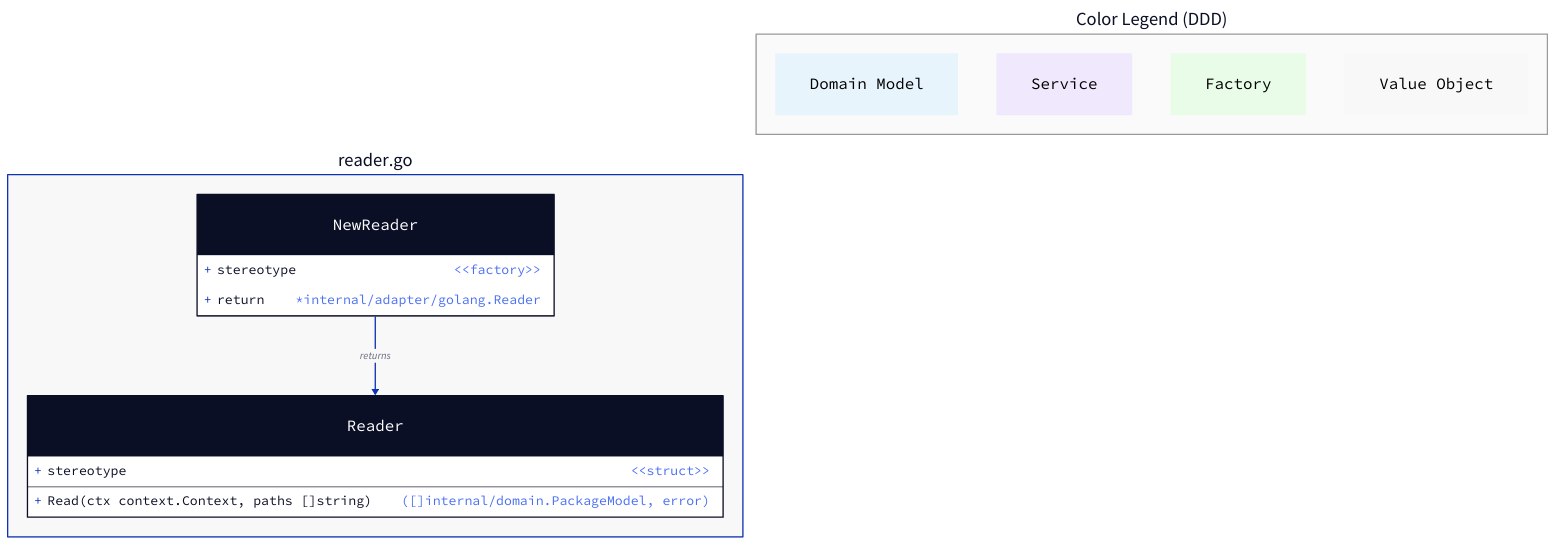
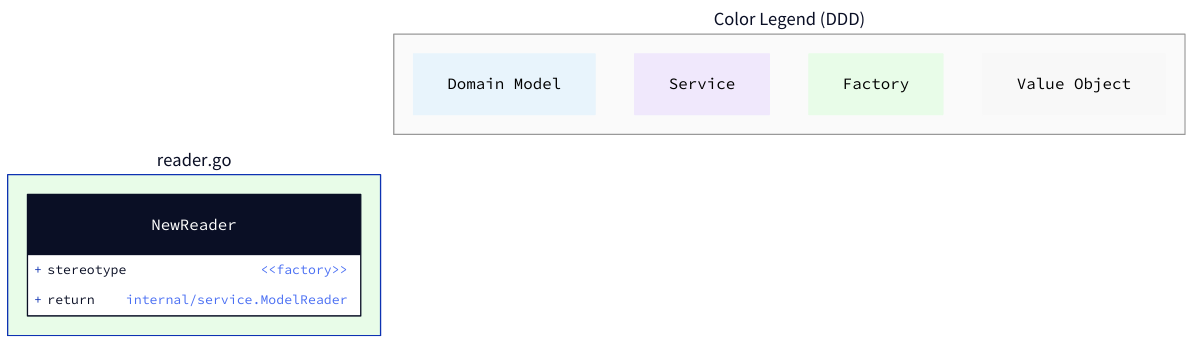
Before and after one commit to kgatilin/archai: the diagram in internal/adapter/golang/.arch/pub.d2, drawn with D2. The commit also changed 13 other files, not shown here.

First line of the commit message:
Regenerate diagrams and update D2 adapter formatting

```diff
--- a/internal/adapter/golang/.arch/pub.d2
+++ b/internal/adapter/golang/.arch/pub.d2
@@ -1,59 +1,51 @@
 # golang package
 
 # Legend
 legend: {
   label: "Color Legend (DDD)"
   style.stroke: "#999"
   style.fill: "#fafafa"
   near: top-right
 
   aggregate: {
     label: "Domain Model"
     shape: class
     style.fill: "#e8f4fc"
     style.font-color: "#000"
   }
   service: {
     label: "Service"
     shape: class
     style.fill: "#f0e8fc"
     style.font-color: "#000"
   }
   factory: {
     label: "Factory"
     shape: class
     style.fill: "#e8fce8"
     style.font-color: "#000"
   }
   options: {
     label: "Value Object"
     shape: class
     style.fill: "#f8f8f8"
     style.font-color: "#000"
   }
 }
 
 # Files
 reader: {
   label: "reader.go"
-  style.fill: "#f8f8f8"
-
-  Reader: {
-    shape: class
-    stereotype: "<<struct>>"
-
-    "+Read(ctx context.Context, paths []string)": "([]internal/domain.PackageModel, error)"
-  }
+  style.fill: "#e8fce8"
 
   NewReader: {
     shape: class
     stereotype: "<<factory>>"
 
-    "return": "*internal/adapter/golang.Reader"
+    "return": "internal/service.ModelReader"
   }
 
 
 }
 
 # Dependencies
-reader.NewReader -> reader.Reader: "returns"
```
